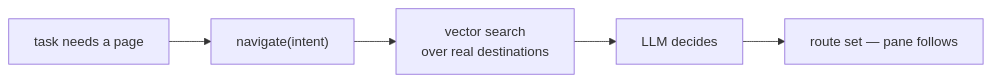
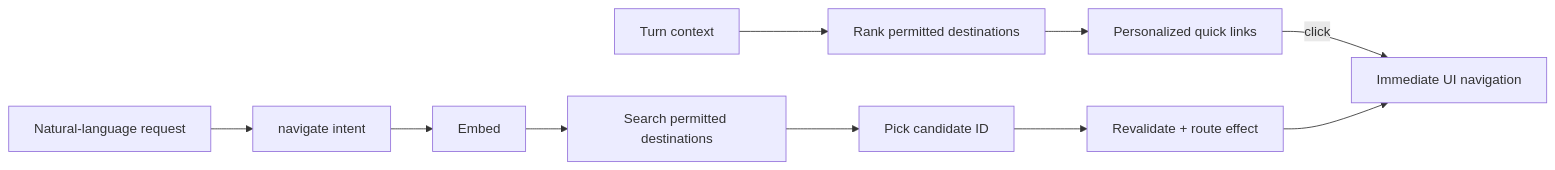
One commit to DanGiannone1/personal-assistant-agent-harness changed the diagram in docs/navigation-reference-architecture.md. Above: the diagram before and after it, drawn with Mermaid. The commit also changed other lines of this file and 3 other files, not shown here.

Commit message:
docs: define context navigation and CRUD architectures

````diff
--- a/docs/navigation-reference-architecture.md
+++ b/docs/navigation-reference-architecture.md
@@ -31,7 +20,13 @@
 ```mermaid
 flowchart LR
-    T["task needs a page"] --> N["navigate(intent)"]
-    N --> V["vector search<br/>over real destinations"]
-    V --> D["LLM decides"]
-    D --> GO["route set — pane follows"]
+    C["Turn context"] --> Q["Rank permitted destinations"]
+    Q --> L["Personalized quick links"]
+    L -->|click| UI["Immediate UI navigation"]
+
+    A["Natural-language request"] --> T["navigate intent"]
+    T --> E["Embed"]
+    E --> S["Search permitted destinations"]
+    S --> P["Pick candidate ID"]
+    P --> R["Revalidate + route effect"]
+    R --> UI
 ```
````
